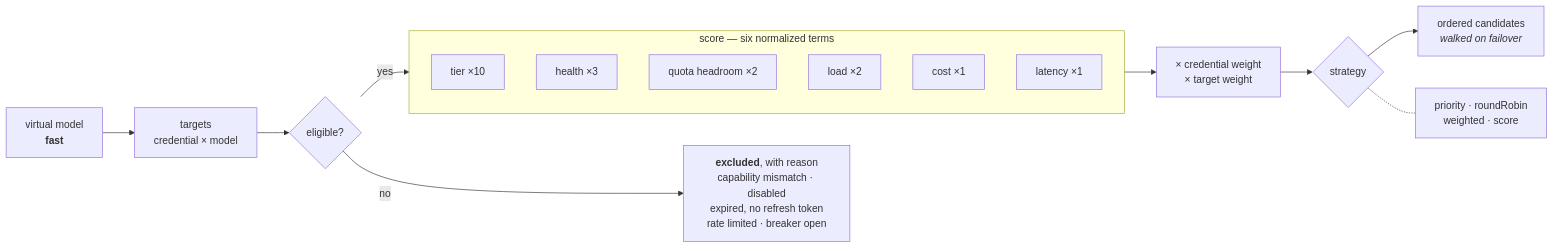
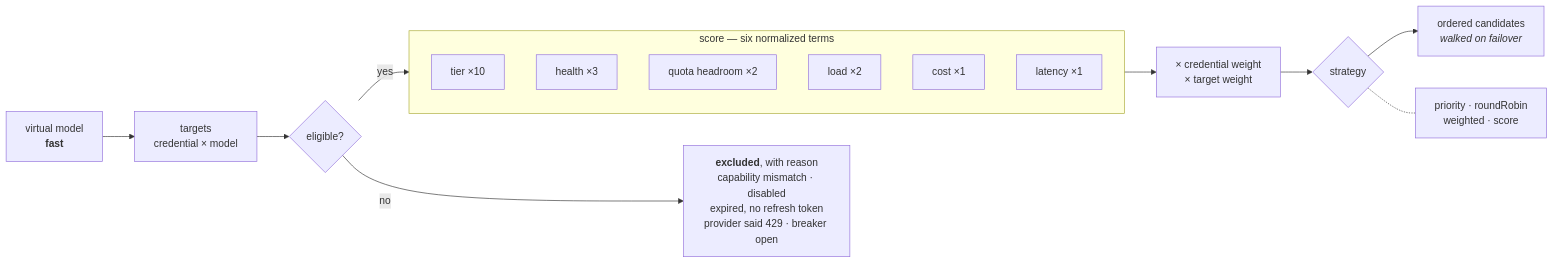
One commit to harismawan/omnigateway changed the third of 9 diagrams in ARCHITECTURE.md. Above: the diagram before and after it, drawn with Mermaid. The commit also changed other lines of this file and 1 other file, not shown here.

````diff
--- a/ARCHITECTURE.md
+++ b/ARCHITECTURE.md
@@ -79,23 +173,23 @@
 ```mermaid
 flowchart LR
   vm["virtual model<br/><b>fast</b>"] --> targets["targets<br/>credential × model"]
 
   targets --> filter{eligible?}
-  filter -- no --> excl["<b>excluded</b>, with reason<br/>capability mismatch · disabled<br/>expired, no refresh token<br/>rate limited · breaker open"]
+  filter -- no --> excl["<b>excluded</b>, with reason<br/>capability mismatch · disabled<br/>expired, no refresh token<br/>provider said 429 · breaker open"]
   filter -- yes --> score
 
   subgraph score["score — six normalized terms"]
     direction TB
     t["tier ×10"]
     h["health ×3"]
     q["quota headroom ×2"]
     l["load ×2"]
     c["cost ×1"]
     lat["latency ×1"]
   end
 
   score --> mult["× credential weight<br/>× target weight"]
   mult --> strat{strategy}
   strat --> out["ordered candidates<br/><i>walked on failover</i>"]
   strat -.- opts["priority · roundRobin<br/>weighted · score"]
 ```
````
